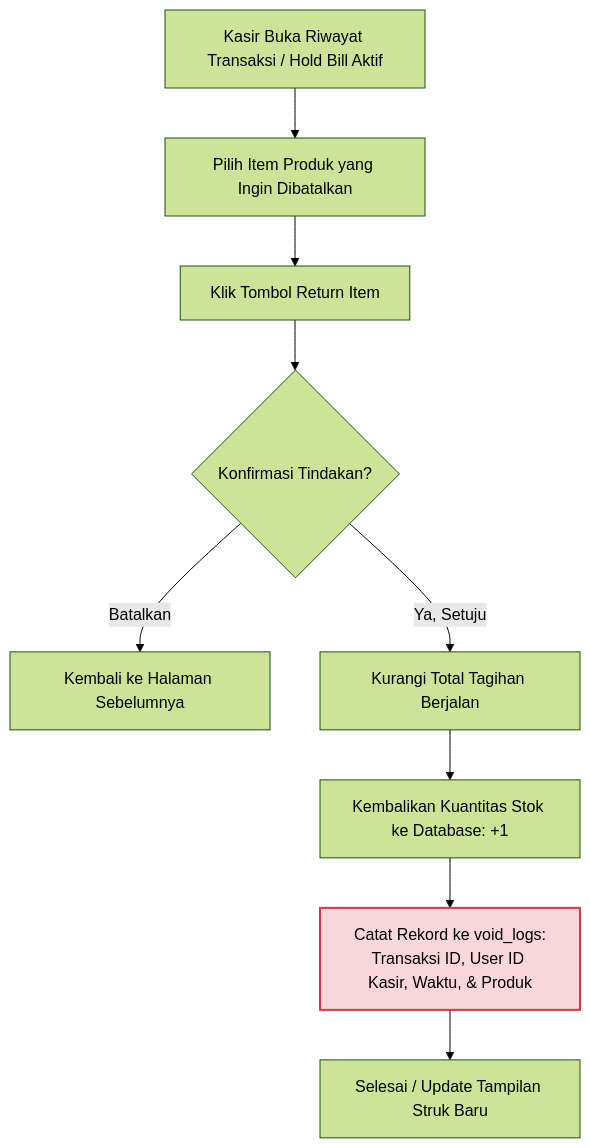
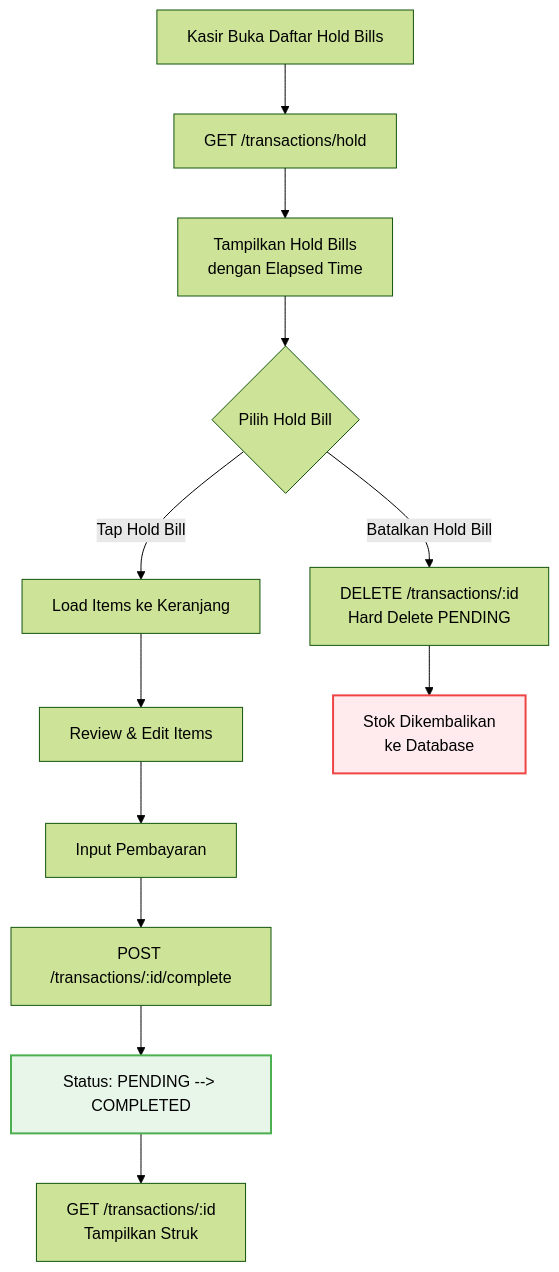
The third of 5 diagrams in docs/USER_FLOW.md (luthfi-indrawan/SmartCost), drawn with Mermaid (forest theme) before and after one commit. The commit also changed other lines of this file and 11 other files, not shown here.

````diff
--- a/docs/USER_FLOW.md
+++ b/docs/USER_FLOW.md
@@ -77,15 +101,19 @@
 ```mermaid
 graph TD
-    A[Kasir Buka Riwayat Transaksi / Hold Bill Aktif] --> B[Pilih Item Produk yang Ingin Dibatalkan]
-    B --> C[Klik Tombol Return Item]
-    C --> D{Konfirmasi Tindakan?}
+    A[Kasir Buka Daftar Hold Bills] --> B[GET /transactions/hold]
+    B --> C[Tampilkan Hold Bills<br/>dengan Elapsed Time]
+    C --> D{Pilih Hold Bill}
 
-    D -- Batalkan --> E[Kembali ke Halaman Sebelumnya]
+    D -- Tap Hold Bill --> E[Load Items ke Keranjang]
+    E --> F[Review & Edit Items]
+    F --> G[Input Pembayaran]
+    G --> H[POST /transactions/:id/complete]
+    H --> I[Status: PENDING --> COMPLETED]
+    I --> J[GET /transactions/:id<br/>Tampilkan Struk]
 
-    D -- Ya, Setuju --> F[Kurangi Total Tagihan Berjalan]
-    F --> G[Kembalikan Kuantitas Stok ke Database: +1]
-    G --> H[Catat Rekord ke void_logs:<br>Transaksi ID, User ID Kasir, Waktu, & Produk]
-    H --> I[Selesai / Update Tampilan Struk Baru]
+    D -- Batalkan Hold Bill --> K[DELETE /transactions/:id<br/>Hard Delete PENDING]
+    K --> L[Stok Dikembalikan<br/>ke Database]
 
-    style H fill:#f8d7da,stroke:#dc3545,stroke-width:2px
+    style I fill:#E8F5E9,stroke:#4CAF50,stroke-width:2px
+    style L fill:#FFEBEE,stroke:#EF4444,stroke-width:2px
 ```
````
